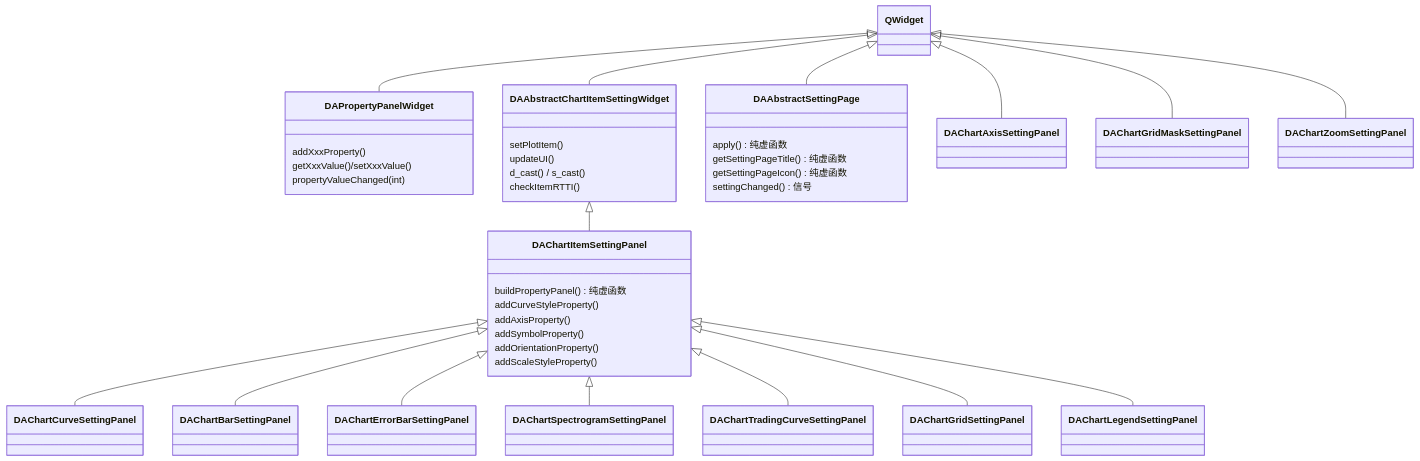
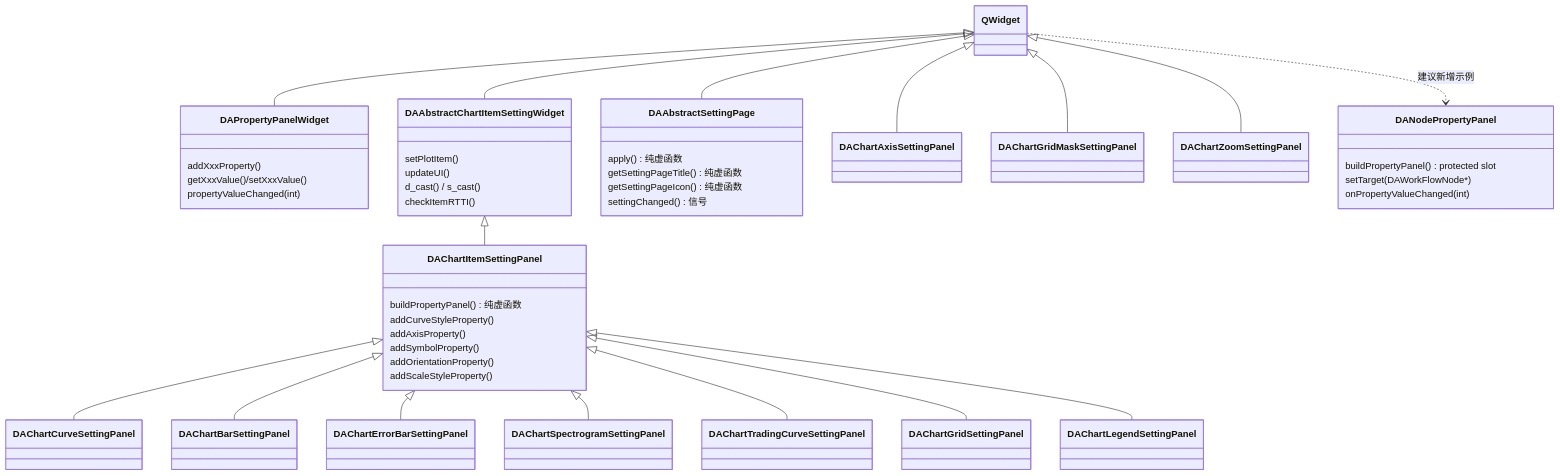
The diagram in docs/zh/dev-guide/creating-setting-panel.md (czyt1988/data-workbench), drawn with Mermaid before and after one commit. The commit also changed other lines of this file, not shown here.

Commit message:
docs(creating-setting-panel): generalize developer guide to cover all DAPropertyPanelWidget scenarios

````diff
--- a/docs/zh/dev-guide/creating-setting-panel.md
+++ b/docs/zh/dev-guide/creating-setting-panel.md
@@ -22,41 +22,47 @@
 ```mermaid
 classDiagram
     QWidget <|-- DAPropertyPanelWidget
     QWidget <|-- DAAbstractChartItemSettingWidget
     QWidget <|-- DAAbstractSettingPage
 
     DAAbstractChartItemSettingWidget <|-- DAChartItemSettingPanel
 
     DAChartItemSettingPanel <|-- DAChartCurveSettingPanel
     DAChartItemSettingPanel <|-- DAChartBarSettingPanel
     DAChartItemSettingPanel <|-- DAChartErrorBarSettingPanel
     DAChartItemSettingPanel <|-- DAChartSpectrogramSettingPanel
     DAChartItemSettingPanel <|-- DAChartTradingCurveSettingPanel
     DAChartItemSettingPanel <|-- DAChartGridSettingPanel
     DAChartItemSettingPanel <|-- DAChartLegendSettingPanel
 
     QWidget <|-- DAChartAxisSettingPanel
     QWidget <|-- DAChartGridMaskSettingPanel
     QWidget <|-- DAChartZoomSettingPanel
 
+    QWidget ..> DANodePropertyPanel : 建议新增示例
+
     DAPropertyPanelWidget : addXxxProperty()
     DAPropertyPanelWidget : getXxxValue()/setXxxValue()
     DAPropertyPanelWidget : propertyValueChanged(int)
 
     DAChartItemSettingPanel : buildPropertyPanel() 纯虚函数
     DAChartItemSettingPanel : addCurveStyleProperty()
     DAChartItemSettingPanel : addAxisProperty()
     DAChartItemSettingPanel : addSymbolProperty()
     DAChartItemSettingPanel : addOrientationProperty()
     DAChartItemSettingPanel : addScaleStyleProperty()
 
     DAAbstractChartItemSettingWidget : setPlotItem()
     DAAbstractChartItemSettingWidget : updateUI()
     DAAbstractChartItemSettingWidget : d_cast() / s_cast()
     DAAbstractChartItemSettingWidget : checkItemRTTI()
 
+    DANodePropertyPanel : buildPropertyPanel() protected slot
+    DANodePropertyPanel : setTarget(DAWorkFlowNode*)
+    DANodePropertyPanel : onPropertyValueChanged(int)
+
     DAAbstractSettingPage : apply() 纯虚函数
     DAAbstractSettingPage : getSettingPageTitle() 纯虚函数
     DAAbstractSettingPage : getSettingPageIcon() 纯虚函数
     DAAbstractSettingPage : settingChanged() 信号
 ```
````
